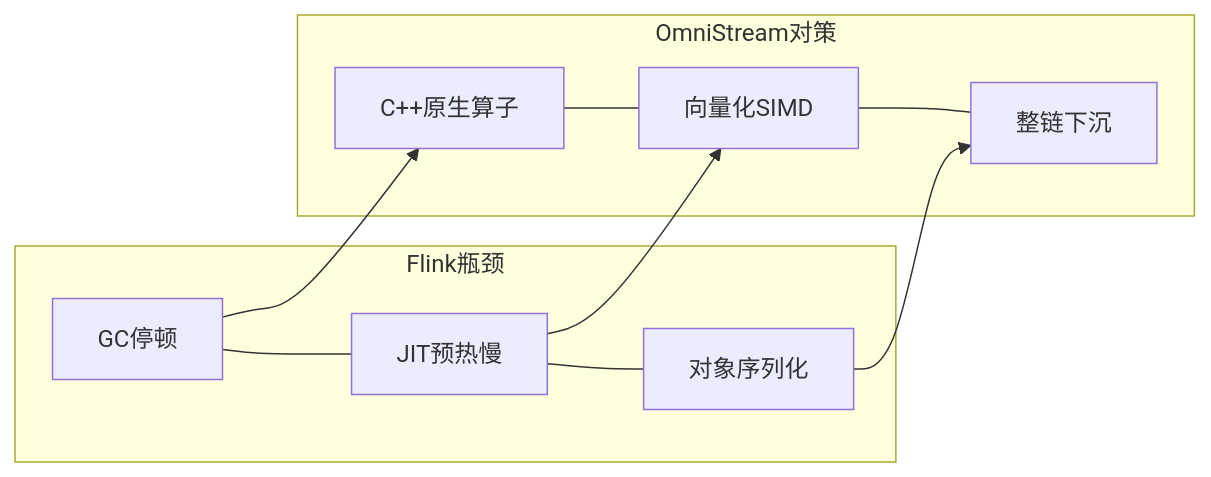
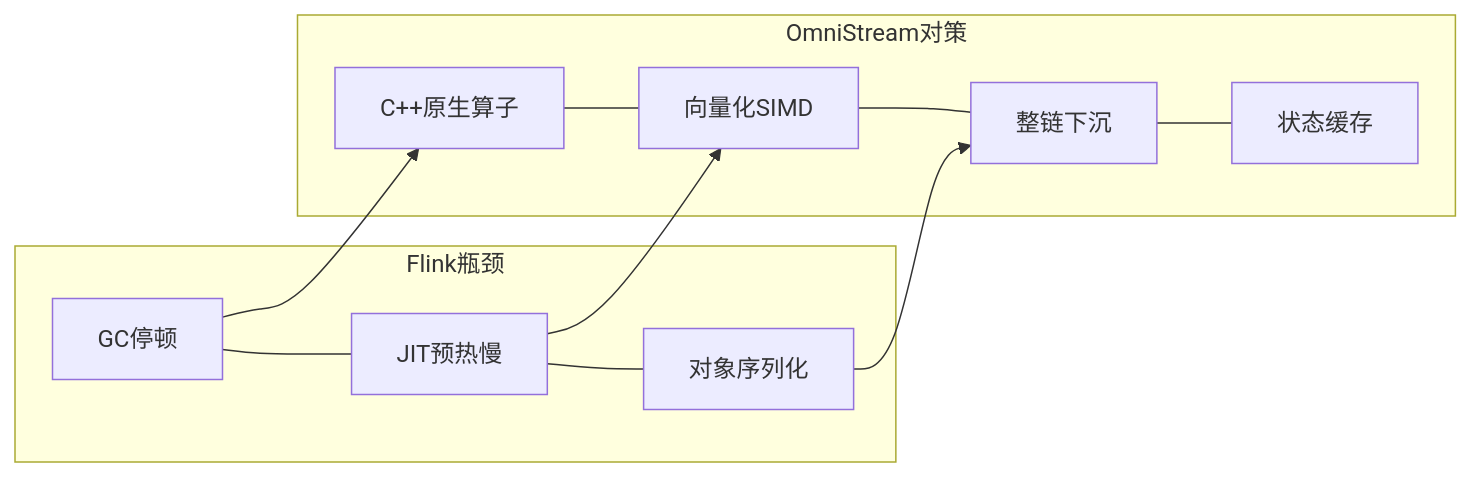
One commit to int2t05/internship changed the first of 12 diagrams in .manuscript.md. Above: the diagram before and after it, drawn with Mermaid. The commit also changed other lines of this file and 62 other files, not shown here.

````diff
--- a/.manuscript.md
+++ b/.manuscript.md
@@ -101,12 +117,12 @@
 ```mermaid
 flowchart LR
     subgraph Flink瓶颈
     A1[GC停顿] --- A2[JIT预热慢] --- A3[对象序列化]
     end
     subgraph OmniStream对策
-    B1[C++原生算子] --- B2[向量化SIMD] --- B3[整链下沉]
+    B1[C++原生算子] --- B2[向量化SIMD] --- B3[整链下沉] --- B4[状态缓存]
     end
     A1 --> B1
     A2 --> B2
     A3 --> B3
 ```
````
